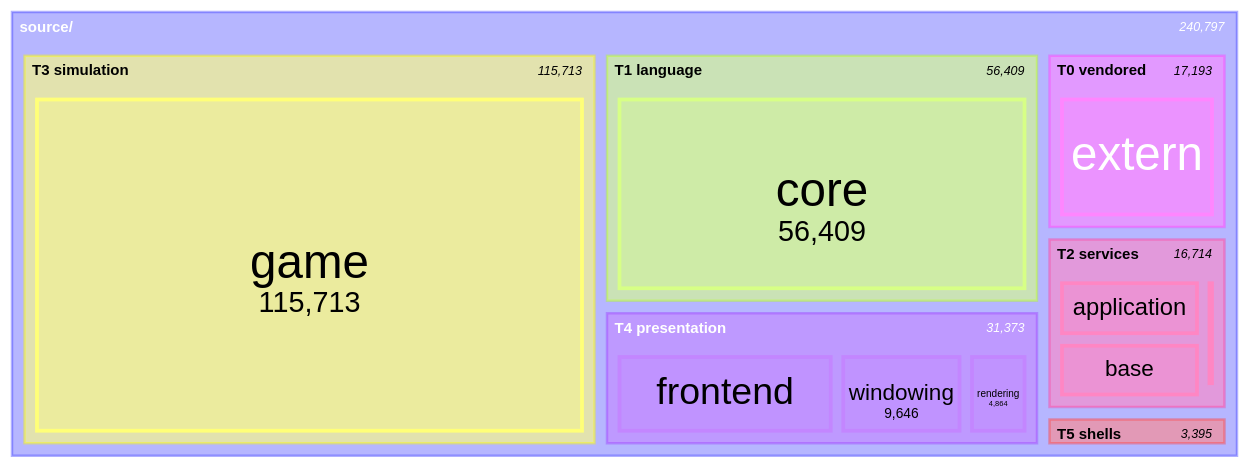
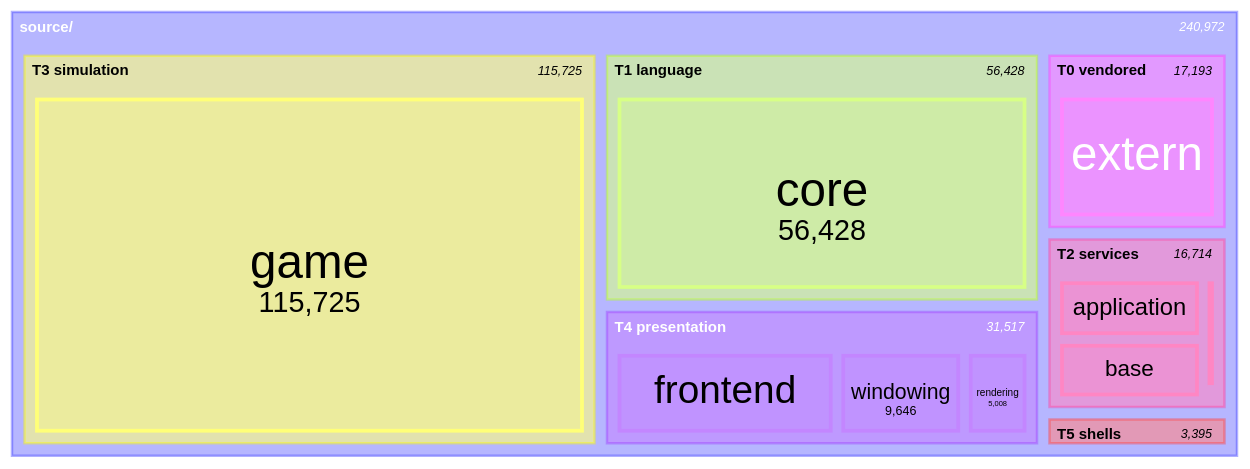
Before and after one commit to apnex/OpenStarbound: the seventh of 11 diagrams in docs/architecture/system-boundaries.md, drawn with Mermaid. The commit also changed other lines of this file and 6 other files, not shown here.

````diff
--- a/docs/architecture/system-boundaries.md
+++ b/docs/architecture/system-boundaries.md
@@ -592,22 +592,22 @@
 ```mermaid
 treemap-beta
 "source/"
     "T0 vendored"
         "extern": 17193
     "T1 language"
-        "core": 56409
+        "core": 56428
     "T2 services"
         "application": 7677
         "base": 7472
         "metrics": 1423
         "platform": 142
     "T3 simulation"
-        "game": 115713
+        "game": 115725
     "T4 presentation"
         "frontend": 16863
         "windowing": 9646
-        "rendering": 4864
+        "rendering": 5008
     "T5 shells"
         "client": 2612
         "server": 783
 ```
````
